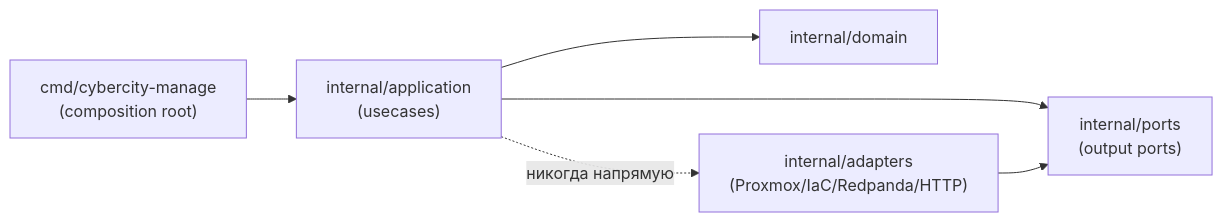
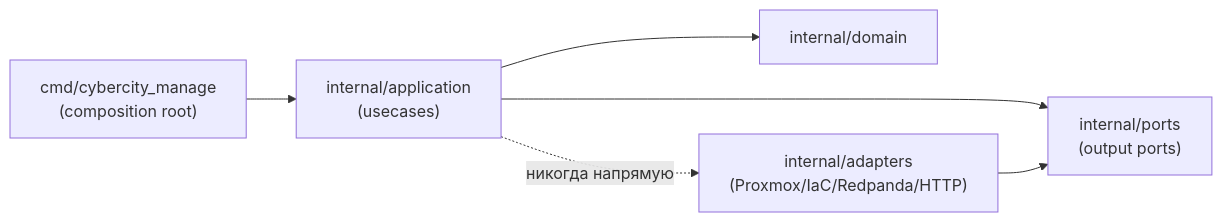
The first of 2 diagrams in docs/ARCHITECTURE.md (TheCipherKeeper/cybercity-manage), drawn with Mermaid before and after one commit. The commit also changed other lines of this file and 25 other files, not shown here.

````diff
--- a/docs/ARCHITECTURE.md
+++ b/docs/ARCHITECTURE.md
@@ -93,8 +88,8 @@
 ```mermaid
 graph LR
-  CMD["cmd/cybercity-manage<br/>(composition root)"] --> APP["internal/application<br/>(usecases)"]
+  CMD["cmd/cybercity_manage<br/>(composition root)"] --> APP["internal/application<br/>(usecases)"]
   APP --> PORTS["internal/ports<br/>(output ports)"]
   APP --> DOMAIN["internal/domain"]
   ADAPT["internal/adapters<br/>(Proxmox/IaC/Redpanda/HTTP)"] --> PORTS
   APP -. "никогда напрямую" .-> ADAPT
 ```
````
